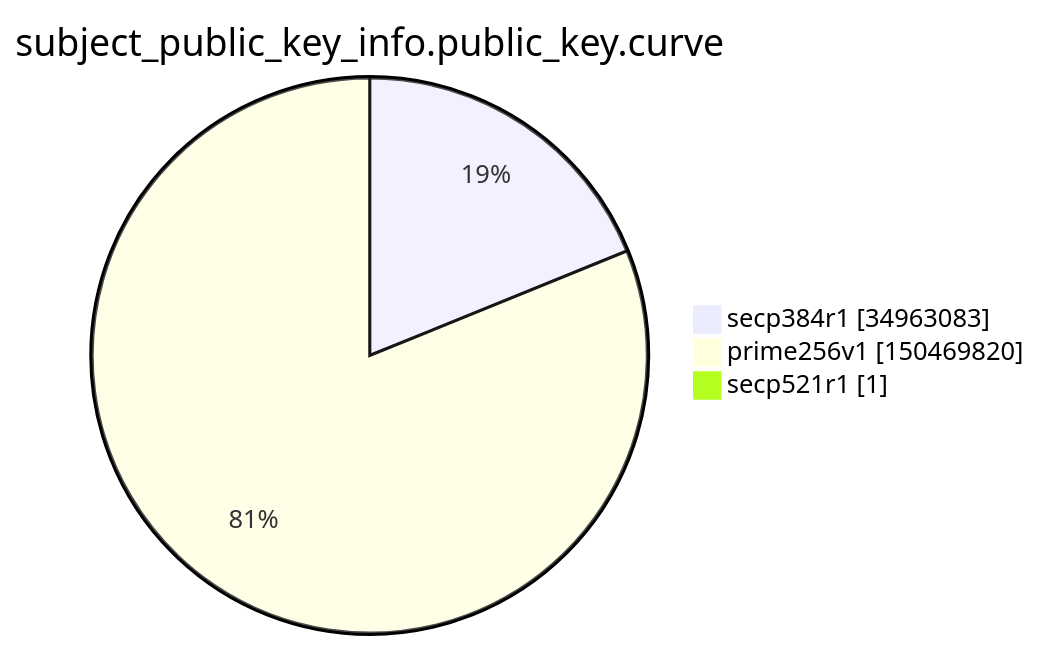
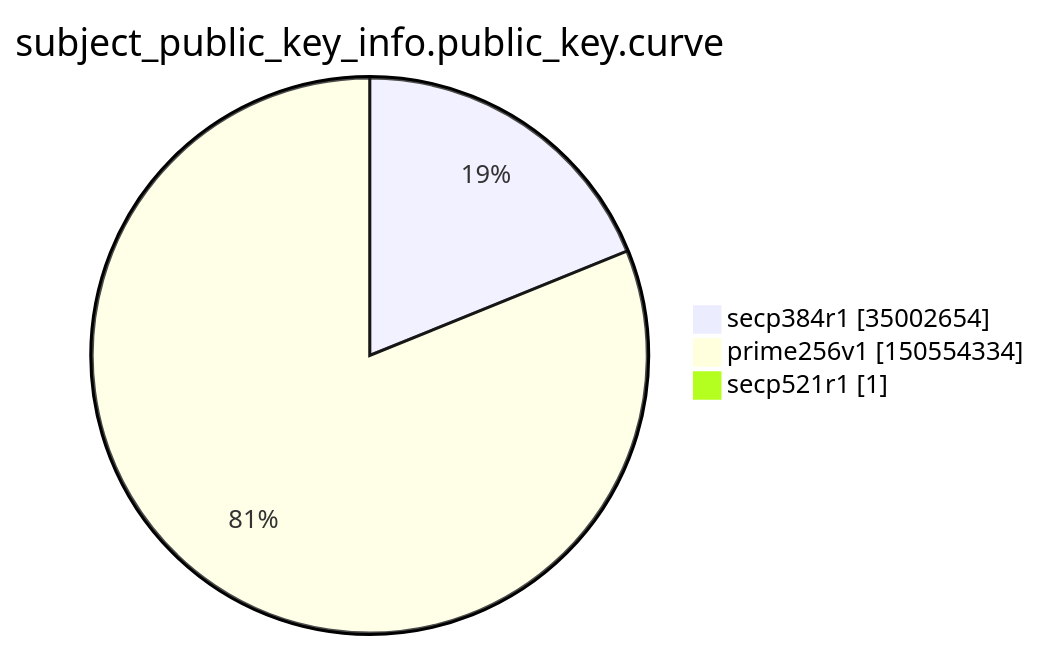
Before and after one commit to christiankrug/ctmonitor_visualization: the ninth of 15 diagrams in argon2022/README.md, drawn with Mermaid. The commit also changed other lines of this file, not shown here.

````diff
--- a/argon2022/README.md
+++ b/argon2022/README.md
@@ -2765,7 +2765,7 @@
 ```mermaid
 pie showData
 title subject_public_key_info.public_key.curve
-"secp384r1" :34963083
-"prime256v1" :150469820
+"secp384r1" :35002654
+"prime256v1" :150554334
 "secp521r1" :1
 ```
````
